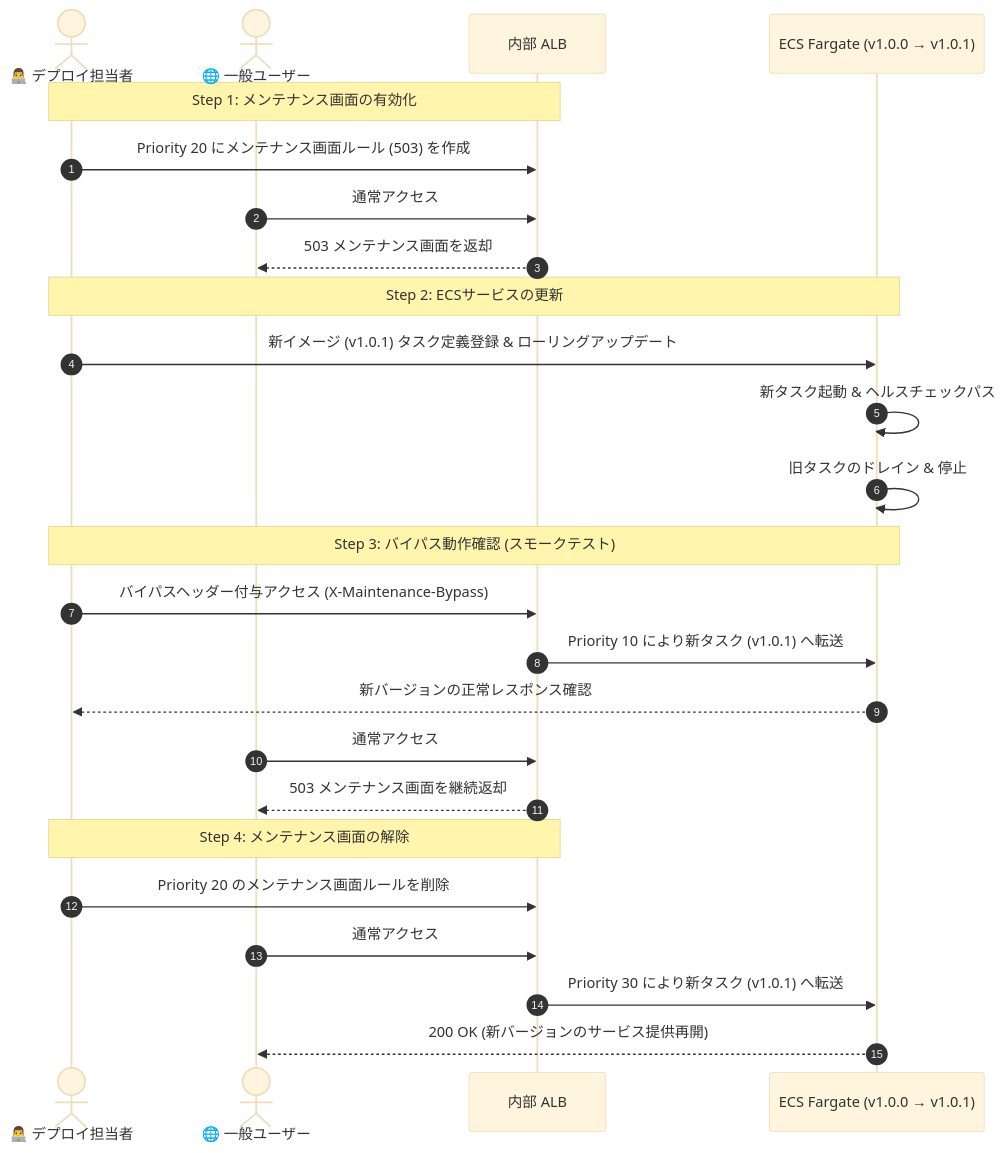
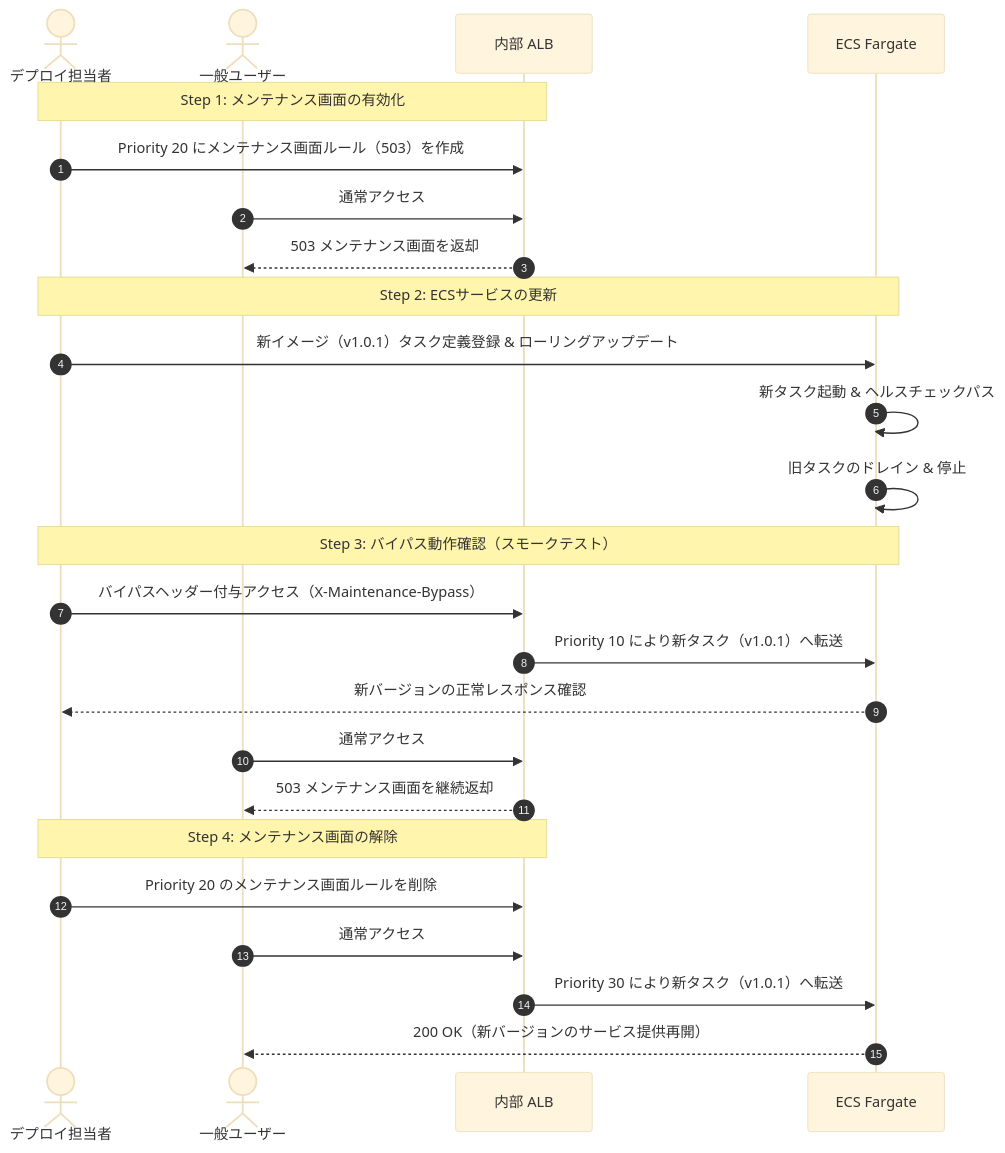
Diagram 11 of 17 in AWS：ECS.md (hide104y/markdown), drawn with Mermaid (base theme) before and after one commit. The commit also changed other lines of this file, not shown here.

Commit message:
GitHubのMermaidパーサーとの互換性考慮（その２）

````diff
--- a/AWS：ECS.md
+++ b/AWS：ECS.md
@@ -1342,31 +1344,31 @@
 ```mermaid
 sequenceDiagram
     autonumber
-    actor Admin as 👨‍💻 デプロイ担当者
-    actor User as 🌐 一般ユーザー
+    actor Admin as デプロイ担当者
+    actor User as 一般ユーザー
     participant ALB as 内部 ALB
-    participant ECS as ECS Fargate (v1.0.0 → v1.0.1)
+    participant ECS as ECS Fargate
 
     Note over Admin,ALB: Step 1: メンテナンス画面の有効化
-    Admin->>ALB: Priority 20 にメンテナンス画面ルール (503) を作成
+    Admin->>ALB: Priority 20 にメンテナンス画面ルール（503）を作成
     User->>ALB: 通常アクセス
     ALB-->>User: 503 メンテナンス画面を返却
 
     Note over Admin,ECS: Step 2: ECSサービスの更新
-    Admin->>ECS: 新イメージ (v1.0.1) タスク定義登録 & ローリングアップデート
+    Admin->>ECS: 新イメージ（v1.0.1）タスク定義登録 & ローリングアップデート
     ECS->>ECS: 新タスク起動 & ヘルスチェックパス
     ECS->>ECS: 旧タスクのドレイン & 停止
 
-    Note over Admin,ECS: Step 3: バイパス動作確認 (スモークテスト)
-    Admin->>ALB: バイパスヘッダー付与アクセス (X-Maintenance-Bypass)
-    ALB->>ECS: Priority 10 により新タスク (v1.0.1) へ転送
+    Note over Admin,ECS: Step 3: バイパス動作確認（スモークテスト）
+    Admin->>ALB: バイパスヘッダー付与アクセス（X-Maintenance-Bypass）
+    ALB->>ECS: Priority 10 により新タスク（v1.0.1）へ転送
     ECS-->>Admin: 新バージョンの正常レスポンス確認
     User->>ALB: 通常アクセス
     ALB-->>User: 503 メンテナンス画面を継続返却
 
     Note over Admin,ALB: Step 4: メンテナンス画面の解除
     Admin->>ALB: Priority 20 のメンテナンス画面ルールを削除
     User->>ALB: 通常アクセス
-    ALB->>ECS: Priority 30 により新タスク (v1.0.1) へ転送
-    ECS-->>User: 200 OK (新バージョンのサービス提供再開)
+    ALB->>ECS: Priority 30 により新タスク（v1.0.1）へ転送
+    ECS-->>User: 200 OK（新バージョンのサービス提供再開）
 ```
````
